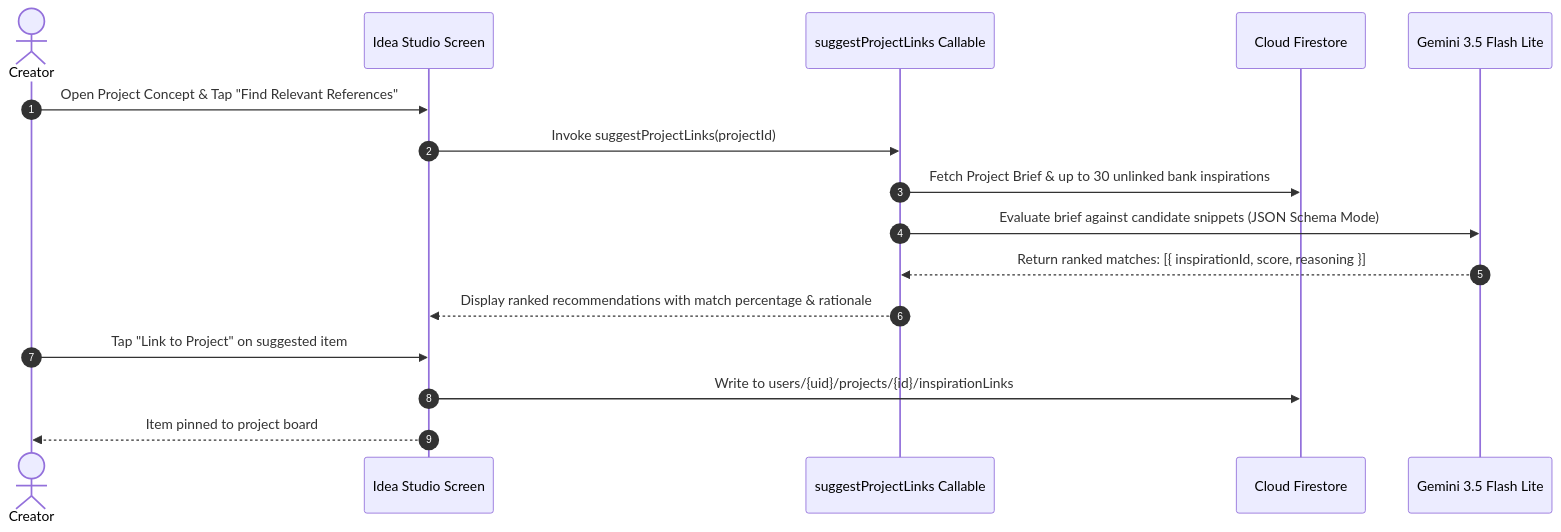
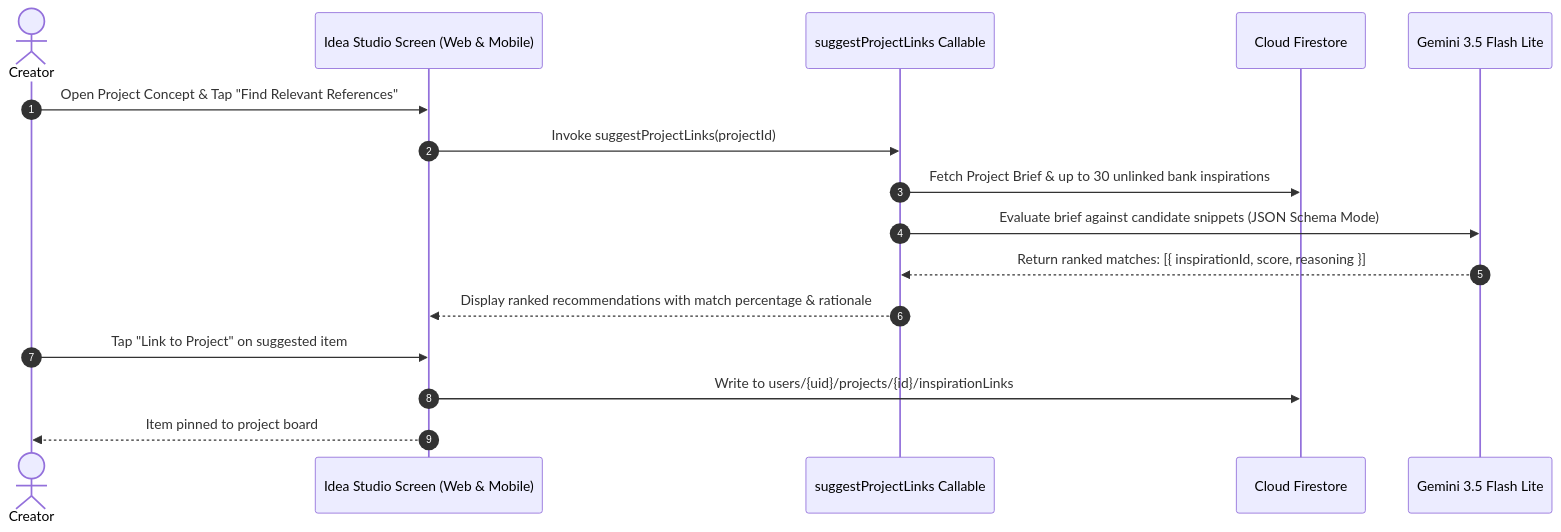
One commit to ernestpascual/rut-app changed the fifth of 6 diagrams in submission.md. Above: the diagram before and after it, drawn with Mermaid. The commit also changed other lines of this file, not shown here.

Commit message:
docs: enrich submission.md with explicit Web, Mobile (iOS/Android), and Chrome Extension tri-surface ecosystem

````diff
--- a/submission.md
+++ b/submission.md
@@ -178,19 +251,19 @@
 ```mermaid
 sequenceDiagram
     autonumber
     actor User as Creator
-    participant Studio as Idea Studio Screen
+    participant Studio as Idea Studio Screen (Web & Mobile)
     participant Linker as suggestProjectLinks Callable
     participant FS as Cloud Firestore
     participant Gemini as Gemini 3.5 Flash Lite
     
     User->>Studio: Open Project Concept & Tap "Find Relevant References"
     Studio->>Linker: Invoke suggestProjectLinks(projectId)
     Linker->>FS: Fetch Project Brief & up to 30 unlinked bank inspirations
     Linker->>Gemini: Evaluate brief against candidate snippets (JSON Schema Mode)
     Gemini-->>Linker: Return ranked matches: [{ inspirationId, score, reasoning }]
     Linker-->>Studio: Display ranked recommendations with match percentage & rationale
     User->>Studio: Tap "Link to Project" on suggested item
     Studio->>FS: Write to users/{uid}/projects/{id}/inspirationLinks
     Studio-->>User: Item pinned to project board
 ```
````
